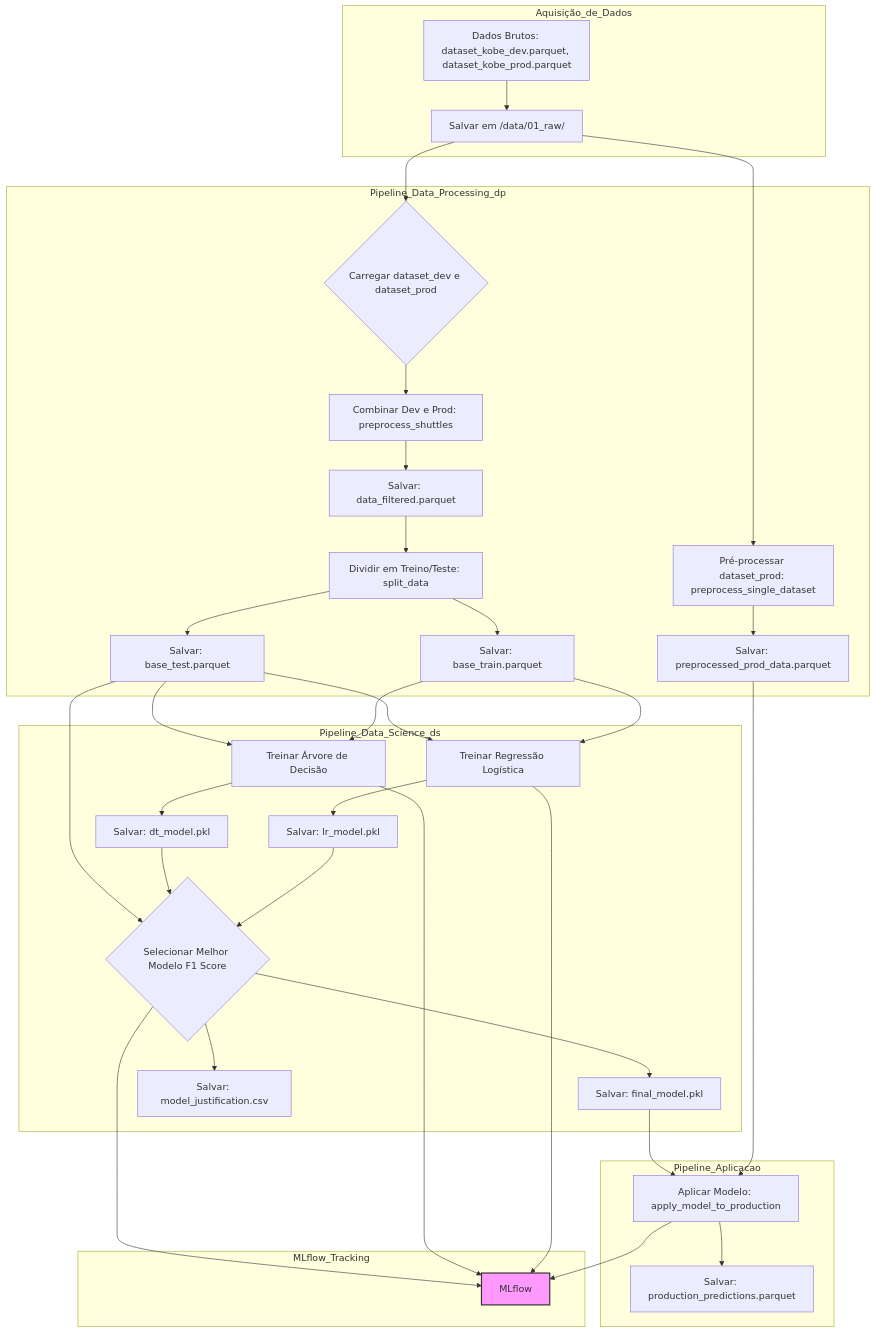
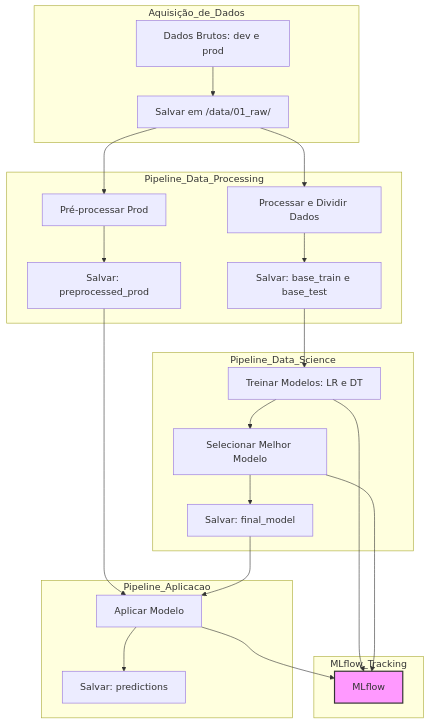
Before and after one commit to FabricioJeremias/infnet_engenharia: the diagram in README.md, drawn with Mermaid.

````diff
--- a/README.md
+++ b/README.md
@@ -24,46 +24,33 @@
 ```mermaid
 graph TD
     subgraph Aquisição_de_Dados
-        A[Dados Brutos: dataset_kobe_dev.parquet, dataset_kobe_prod.parquet] --> B[Salvar em /data/01_raw/]
+        A[Dados Brutos: dev e prod] --> B[Salvar em /data/01_raw/]
     end
 
-    subgraph Pipeline_Data_Processing_dp
-        B --> C{Carregar dataset_dev e dataset_prod}
-        C --> D[Combinar Dev e Prod: preprocess_shuttles]
-        D --> E[Salvar: data_filtered.parquet]
-        E --> G[Dividir em Treino/Teste: split_data]
-        G --> H[Salvar: base_train.parquet]
-        G --> I[Salvar: base_test.parquet]
-        B --> J[Pré-processar dataset_prod: preprocess_single_dataset]
-        J --> K[Salvar: preprocessed_prod_data.parquet]
+    subgraph Pipeline_Data_Processing
+        B --> C[Processar e Dividir Dados]
+        C --> D[Salvar: base_train e base_test]
+        B --> E[Pré-processar Prod]
+        E --> F[Salvar: preprocessed_prod]
     end
 
-    subgraph Pipeline_Data_Science_ds
-        H --> L[Treinar Regressão Logística]
-        I --> L
-        L --> M[Salvar: lr_model.pkl]
-        M --> P{Selecionar Melhor Modelo F1 Score}
-        H --> N[Treinar Árvore de Decisão]
-        I --> N
-        N --> O[Salvar: dt_model.pkl]
-        O --> P
-        I --> P
-        P --> Q[Salvar: final_model.pkl]
-        P --> R[Salvar: model_justification.csv]
+    subgraph Pipeline_Data_Science
+        D --> G[Treinar Modelos: LR e DT]
+        G --> H[Selecionar Melhor Modelo]
+        H --> I[Salvar: final_model]
     end
 
     subgraph Pipeline_Aplicacao
-        K --> S[Aplicar Modelo: apply_model_to_production]
-        Q --> S
-        S --> T[Salvar: production_predictions.parquet]
+        F --> J[Aplicar Modelo]
+        I --> J
+        J --> K[Salvar: predictions]
     end
 
     subgraph MLflow_Tracking
-        L --> W[MLflow]
-        N --> W
-        P --> W
-        S --> W
+        G --> L[MLflow]
+        H --> L
+        J --> L
     end
 
-    style W fill:#f9f,stroke:#333,stroke-width:2px
+    style L fill:#f9f,stroke:#333,stroke-width:2px
 ```
````
